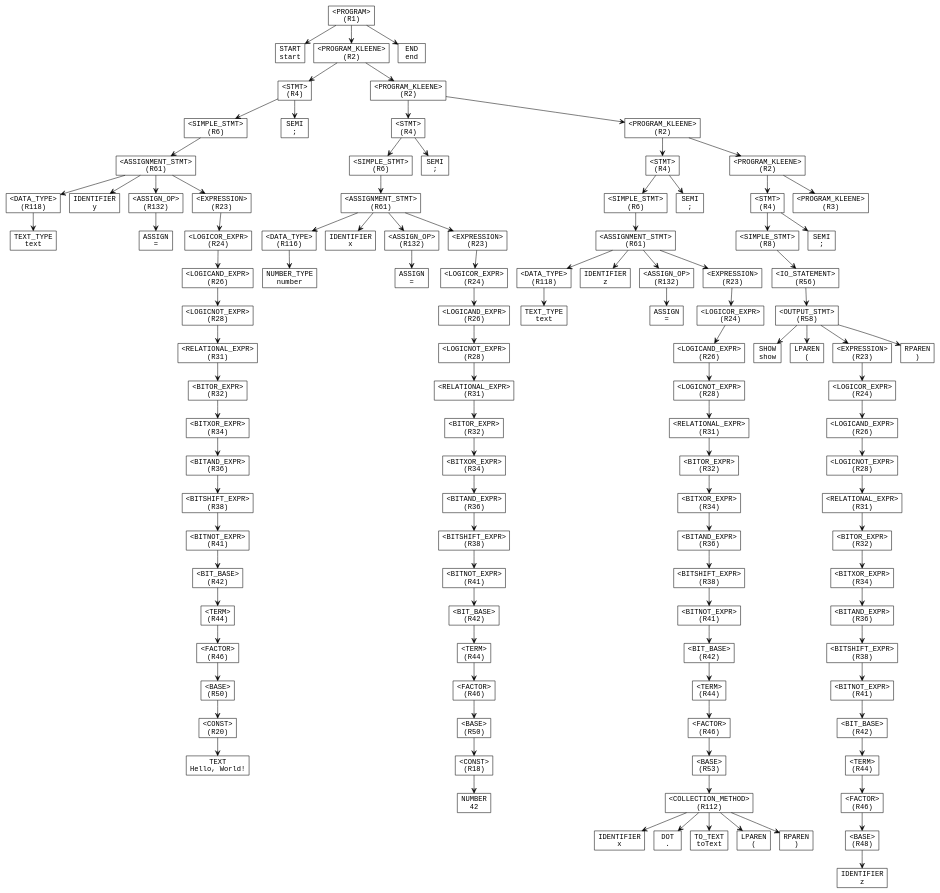
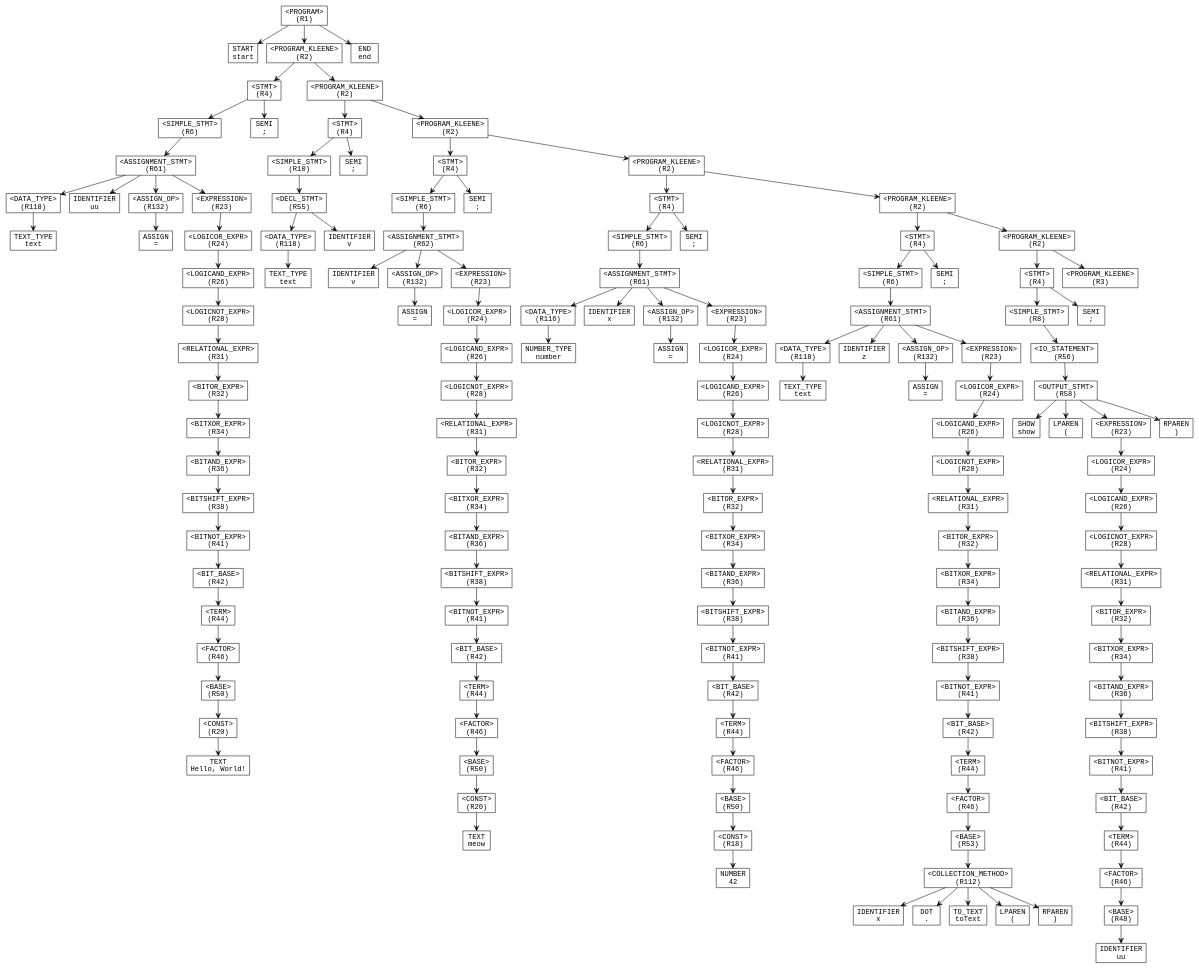
Before and after one commit to AjDesuuu/Upspyre-Programming-Language: the diagram in parse_tree.dot, drawn with Graphviz. The commit also changed 6 other files, not shown here.

```diff
--- a/parse_tree.dot
+++ b/parse_tree.dot
@@ -12,7 +12,7 @@
   n152282484 [label="TEXT_TYPE\ntext"];
   n1612212809 -> n152282484;
   n424325500 -> n1612212809;
-  n352387888 [label="IDENTIFIER\ny"];
+  n352387888 [label="IDENTIFIER\nuu"];
   n424325500 -> n352387888;
   n1502384573 [label="<ASSIGN_OP>\n(R132)"];
   n2053501671 [label="ASSIGN\n="];
@@ -57,34 +57,51 @@
   n1567919087 -> n464411039;
   n1767410694 [label="<PROGRAM_KLEENE>\n(R2)"];
   n1072381321 [label="<STMT>\n(R4)"];
-  n1086008046 [label="<SIMPLE_STMT>\n(R6)"];
-  n1728976458 [label="<ASSIGNMENT_STMT>\n(R61)"];
-  n1251712529 [label="<DATA_TYPE>\n(R116)"];
-  n746255806 [label="NUMBER_TYPE\nnumber"];
+  n1086008046 [label="<SIMPLE_STMT>\n(R10)"];
+  n1728976458 [label="<DECL_STMT>\n(R55)"];
+  n1251712529 [label="<DATA_TYPE>\n(R118)"];
+  n746255806 [label="TEXT_TYPE\ntext"];
   n1251712529 -> n746255806;
   n1728976458 -> n1251712529;
-  n890193541 [label="IDENTIFIER\nx"];
+  n890193541 [label="IDENTIFIER\nv"];
   n1728976458 -> n890193541;
-  n581216808 [label="<ASSIGN_OP>\n(R132)"];
-  n886686587 [label="ASSIGN\n="];
-  n581216808 -> n886686587;
-  n1728976458 -> n581216808;
-  n1341458267 [label="<EXPRESSION>\n(R23)"];
-  n88910 [label="<LOGICOR_EXPR>\n(R24)"];
-  n124998796 [label="<LOGICAND_EXPR>\n(R26)"];
-  n2110491906 [label="<LOGICNOT_EXPR>\n(R28)"];
-  n451121727 [label="<RELATIONAL_EXPR>\n(R31)"];
-  n280129798 [label="<BITOR_EXPR>\n(R32)"];
-  n234393768 [label="<BITXOR_EXPR>\n(R34)"];
-  n746241928 [label="<BITAND_EXPR>\n(R36)"];
-  n713994834 [label="<BITSHIFT_EXPR>\n(R38)"];
-  n691522628 [label="<BITNOT_EXPR>\n(R41)"];
-  n1610839066 [label="<BIT_BASE>\n(R42)"];
-  n435949933 [label="<TERM>\n(R44)"];
-  n1186937890 [label="<FACTOR>\n(R46)"];
-  n1375575389 [label="<BASE>\n(R50)"];
-  n715489500 [label="<CONST>\n(R18)"];
-  n1403751324 [label="NUMBER\n42"];
+  n1086008046 -> n1728976458;
+  n1072381321 -> n1086008046;
+  n581216808 [label="SEMI\n;"];
+  n1072381321 -> n581216808;
+  n1767410694 -> n1072381321;
+  n886686587 [label="<PROGRAM_KLEENE>\n(R2)"];
+  n1341458267 [label="<STMT>\n(R4)"];
+  n88910 [label="<SIMPLE_STMT>\n(R6)"];
+  n124998796 [label="<ASSIGNMENT_STMT>\n(R62)"];
+  n2110491906 [label="IDENTIFIER\nv"];
+  n124998796 -> n2110491906;
+  n451121727 [label="<ASSIGN_OP>\n(R132)"];
+  n280129798 [label="ASSIGN\n="];
+  n451121727 -> n280129798;
+  n124998796 -> n451121727;
+  n234393768 [label="<EXPRESSION>\n(R23)"];
+  n746241928 [label="<LOGICOR_EXPR>\n(R24)"];
+  n713994834 [label="<LOGICAND_EXPR>\n(R26)"];
+  n691522628 [label="<LOGICNOT_EXPR>\n(R28)"];
+  n1610839066 [label="<RELATIONAL_EXPR>\n(R31)"];
+  n435949933 [label="<BITOR_EXPR>\n(R32)"];
+  n1186937890 [label="<BITXOR_EXPR>\n(R34)"];
+  n1375575389 [label="<BITAND_EXPR>\n(R36)"];
+  n715489500 [label="<BITSHIFT_EXPR>\n(R38)"];
+  n1403751324 [label="<BITNOT_EXPR>\n(R41)"];
+  n1825240039 [label="<BIT_BASE>\n(R42)"];
+  n1373674582 [label="<TERM>\n(R44)"];
+  n1464161750 [label="<FACTOR>\n(R46)"];
+  n1488831433 [label="<BASE>\n(R50)"];
+  n1674794738 [label="<CONST>\n(R20)"];
+  n914650354 [label="TEXT\nmeow"];
+  n1674794738 -> n914650354;
+  n1488831433 -> n1674794738;
+  n1464161750 -> n1488831433;
+  n1373674582 -> n1464161750;
+  n1825240039 -> n1373674582;
+  n1403751324 -> n1825240039;
   n715489500 -> n1403751324;
   n1375575389 -> n715489500;
   n1186937890 -> n1375575389;
@@ -94,57 +111,49 @@
   n713994834 -> n691522628;
   n746241928 -> n713994834;
   n234393768 -> n746241928;
-  n280129798 -> n234393768;
-  n451121727 -> n280129798;
-  n2110491906 -> n451121727;
-  n124998796 -> n2110491906;
+  n124998796 -> n234393768;
   n88910 -> n124998796;
   n1341458267 -> n88910;
-  n1728976458 -> n1341458267;
-  n1086008046 -> n1728976458;
-  n1072381321 -> n1086008046;
-  n1825240039 [label="SEMI\n;"];
-  n1072381321 -> n1825240039;
-  n1767410694 -> n1072381321;
-  n1373674582 [label="<PROGRAM_KLEENE>\n(R2)"];
-  n1464161750 [label="<STMT>\n(R4)"];
-  n1488831433 [label="<SIMPLE_STMT>\n(R6)"];
-  n1674794738 [label="<ASSIGNMENT_STMT>\n(R61)"];
-  n914650354 [label="<DATA_TYPE>\n(R118)"];
-  n1259502609 [label="TEXT_TYPE\ntext"];
-  n914650354 -> n1259502609;
-  n1674794738 -> n914650354;
-  n2097634609 [label="IDENTIFIER\nz"];
-  n1674794738 -> n2097634609;
-  n77258917 [label="<ASSIGN_OP>\n(R132)"];
-  n296494880 [label="ASSIGN\n="];
-  n77258917 -> n296494880;
-  n1674794738 -> n77258917;
-  n1233527792 [label="<EXPRESSION>\n(R23)"];
-  n246350116 [label="<LOGICOR_EXPR>\n(R24)"];
-  n1575180188 [label="<LOGICAND_EXPR>\n(R26)"];
-  n755432999 [label="<LOGICNOT_EXPR>\n(R28)"];
-  n1432867284 [label="<RELATIONAL_EXPR>\n(R31)"];
-  n599219325 [label="<BITOR_EXPR>\n(R32)"];
-  n1680846880 [label="<BITXOR_EXPR>\n(R34)"];
-  n2118294852 [label="<BITAND_EXPR>\n(R36)"];
-  n364907049 [label="<BITSHIFT_EXPR>\n(R38)"];
-  n202238040 [label="<BITNOT_EXPR>\n(R41)"];
-  n356181833 [label="<BIT_BASE>\n(R42)"];
-  n2147020823 [label="<TERM>\n(R44)"];
-  n1786522755 [label="<FACTOR>\n(R46)"];
-  n164644540 [label="<BASE>\n(R53)"];
-  n1259534432 [label="<COLLECTION_METHOD>\n(R112)"];
-  n1943191901 [label="IDENTIFIER\nx"];
+  n1259502609 [label="SEMI\n;"];
+  n1341458267 -> n1259502609;
+  n886686587 -> n1341458267;
+  n2097634609 [label="<PROGRAM_KLEENE>\n(R2)"];
+  n77258917 [label="<STMT>\n(R4)"];
+  n296494880 [label="<SIMPLE_STMT>\n(R6)"];
+  n1233527792 [label="<ASSIGNMENT_STMT>\n(R61)"];
+  n246350116 [label="<DATA_TYPE>\n(R116)"];
+  n1575180188 [label="NUMBER_TYPE\nnumber"];
+  n246350116 -> n1575180188;
+  n1233527792 -> n246350116;
+  n755432999 [label="IDENTIFIER\nx"];
+  n1233527792 -> n755432999;
+  n1432867284 [label="<ASSIGN_OP>\n(R132)"];
+  n599219325 [label="ASSIGN\n="];
+  n1432867284 -> n599219325;
+  n1233527792 -> n1432867284;
+  n1680846880 [label="<EXPRESSION>\n(R23)"];
+  n2118294852 [label="<LOGICOR_EXPR>\n(R24)"];
+  n364907049 [label="<LOGICAND_EXPR>\n(R26)"];
+  n202238040 [label="<LOGICNOT_EXPR>\n(R28)"];
+  n356181833 [label="<RELATIONAL_EXPR>\n(R31)"];
+  n2147020823 [label="<BITOR_EXPR>\n(R32)"];
+  n1786522755 [label="<BITXOR_EXPR>\n(R34)"];
+  n164644540 [label="<BITAND_EXPR>\n(R36)"];
+  n1259534432 [label="<BITSHIFT_EXPR>\n(R38)"];
+  n1943191901 [label="<BITNOT_EXPR>\n(R41)"];
+  n2017588112 [label="<BIT_BASE>\n(R42)"];
+  n1940897666 [label="<TERM>\n(R44)"];
+  n799185007 [label="<FACTOR>\n(R46)"];
+  n1243577583 [label="<BASE>\n(R50)"];
+  n1035324239 [label="<CONST>\n(R18)"];
+  n870850772 [label="NUMBER\n42"];
+  n1035324239 -> n870850772;
+  n1243577583 -> n1035324239;
+  n799185007 -> n1243577583;
+  n1940897666 -> n799185007;
+  n2017588112 -> n1940897666;
+  n1943191901 -> n2017588112;
   n1259534432 -> n1943191901;
-  n2017588112 [label="DOT\n."];
-  n1259534432 -> n2017588112;
-  n1940897666 [label="TO_TEXT\ntoText"];
-  n1259534432 -> n1940897666;
-  n799185007 [label="LPAREN\n("];
-  n1259534432 -> n799185007;
-  n1243577583 [label="RPAREN\n)"];
-  n1259534432 -> n1243577583;
   n164644540 -> n1259534432;
   n1786522755 -> n164644540;
   n2147020823 -> n1786522755;
@@ -153,42 +162,55 @@
   n364907049 -> n202238040;
   n2118294852 -> n364907049;
   n1680846880 -> n2118294852;
-  n599219325 -> n1680846880;
-  n1432867284 -> n599219325;
-  n755432999 -> n1432867284;
-  n1575180188 -> n755432999;
-  n246350116 -> n1575180188;
-  n1233527792 -> n246350116;
-  n1674794738 -> n1233527792;
-  n1488831433 -> n1674794738;
-  n1464161750 -> n1488831433;
-  n1035324239 [label="SEMI\n;"];
-  n1464161750 -> n1035324239;
-  n1373674582 -> n1464161750;
-  n870850772 [label="<PROGRAM_KLEENE>\n(R2)"];
-  n137541414 [label="<STMT>\n(R4)"];
-  n972769995 [label="<SIMPLE_STMT>\n(R8)"];
-  n705106184 [label="<IO_STATEMENT>\n(R56)"];
-  n1478195740 [label="<OUTPUT_STMT>\n(R58)"];
-  n1158507966 [label="SHOW\nshow"];
-  n1478195740 -> n1158507966;
-  n641981126 [label="LPAREN\n("];
-  n1478195740 -> n641981126;
-  n886968407 [label="<EXPRESSION>\n(R23)"];
-  n924211018 [label="<LOGICOR_EXPR>\n(R24)"];
-  n425245835 [label="<LOGICAND_EXPR>\n(R26)"];
-  n561369228 [label="<LOGICNOT_EXPR>\n(R28)"];
-  n1701650525 [label="<RELATIONAL_EXPR>\n(R31)"];
-  n1623492541 [label="<BITOR_EXPR>\n(R32)"];
-  n1009046474 [label="<BITXOR_EXPR>\n(R34)"];
-  n861574514 [label="<BITAND_EXPR>\n(R36)"];
-  n1060709516 [label="<BITSHIFT_EXPR>\n(R38)"];
-  n2072290745 [label="<BITNOT_EXPR>\n(R41)"];
-  n1629782912 [label="<BIT_BASE>\n(R42)"];
-  n112356307 [label="<TERM>\n(R44)"];
-  n1893278413 [label="<FACTOR>\n(R46)"];
-  n783218690 [label="<BASE>\n(R48)"];
-  n1800619732 [label="IDENTIFIER\nz"];
+  n1233527792 -> n1680846880;
+  n296494880 -> n1233527792;
+  n77258917 -> n296494880;
+  n137541414 [label="SEMI\n;"];
+  n77258917 -> n137541414;
+  n2097634609 -> n77258917;
+  n972769995 [label="<PROGRAM_KLEENE>\n(R2)"];
+  n705106184 [label="<STMT>\n(R4)"];
+  n1478195740 [label="<SIMPLE_STMT>\n(R6)"];
+  n1158507966 [label="<ASSIGNMENT_STMT>\n(R61)"];
+  n641981126 [label="<DATA_TYPE>\n(R118)"];
+  n886968407 [label="TEXT_TYPE\ntext"];
+  n641981126 -> n886968407;
+  n1158507966 -> n641981126;
+  n924211018 [label="IDENTIFIER\nz"];
+  n1158507966 -> n924211018;
+  n425245835 [label="<ASSIGN_OP>\n(R132)"];
+  n561369228 [label="ASSIGN\n="];
+  n425245835 -> n561369228;
+  n1158507966 -> n425245835;
+  n1701650525 [label="<EXPRESSION>\n(R23)"];
+  n1623492541 [label="<LOGICOR_EXPR>\n(R24)"];
+  n1009046474 [label="<LOGICAND_EXPR>\n(R26)"];
+  n861574514 [label="<LOGICNOT_EXPR>\n(R28)"];
+  n1060709516 [label="<RELATIONAL_EXPR>\n(R31)"];
+  n2072290745 [label="<BITOR_EXPR>\n(R32)"];
+  n1629782912 [label="<BITXOR_EXPR>\n(R34)"];
+  n112356307 [label="<BITAND_EXPR>\n(R36)"];
+  n1893278413 [label="<BITSHIFT_EXPR>\n(R38)"];
+  n783218690 [label="<BITNOT_EXPR>\n(R41)"];
+  n1800619732 [label="<BIT_BASE>\n(R42)"];
+  n2125087902 [label="<TERM>\n(R44)"];
+  n1197268684 [label="<FACTOR>\n(R46)"];
+  n510345421 [label="<BASE>\n(R53)"];
+  n1870647346 [label="<COLLECTION_METHOD>\n(R112)"];
+  n1130231799 [label="IDENTIFIER\nx"];
+  n1870647346 -> n1130231799;
+  n1658252270 [label="DOT\n."];
+  n1870647346 -> n1658252270;
+  n645898833 [label="TO_TEXT\ntoText"];
+  n1870647346 -> n645898833;
+  n932186348 [label="LPAREN\n("];
+  n1870647346 -> n932186348;
+  n467579814 [label="RPAREN\n)"];
+  n1870647346 -> n467579814;
+  n510345421 -> n1870647346;
+  n1197268684 -> n510345421;
+  n2125087902 -> n1197268684;
+  n1800619732 -> n2125087902;
   n783218690 -> n1800619732;
   n1893278413 -> n783218690;
   n112356307 -> n1893278413;
@@ -199,25 +221,67 @@
   n1009046474 -> n861574514;
   n1623492541 -> n1009046474;
   n1701650525 -> n1623492541;
-  n561369228 -> n1701650525;
-  n425245835 -> n561369228;
-  n924211018 -> n425245835;
-  n886968407 -> n924211018;
-  n1478195740 -> n886968407;
-  n2125087902 [label="RPAREN\n)"];
-  n1478195740 -> n2125087902;
+  n1158507966 -> n1701650525;
+  n1478195740 -> n1158507966;
   n705106184 -> n1478195740;
+  n1317184168 [label="SEMI\n;"];
+  n705106184 -> n1317184168;
   n972769995 -> n705106184;
-  n137541414 -> n972769995;
-  n1197268684 [label="SEMI\n;"];
-  n137541414 -> n1197268684;
-  n870850772 -> n137541414;
-  n510345421 [label="<PROGRAM_KLEENE>\n(R3)"];
-  n870850772 -> n510345421;
-  n1373674582 -> n870850772;
-  n1767410694 -> n1373674582;
+  n364182531 [label="<PROGRAM_KLEENE>\n(R2)"];
+  n575951153 [label="<STMT>\n(R4)"];
+  n1291421022 [label="<SIMPLE_STMT>\n(R8)"];
+  n397801867 [label="<IO_STATEMENT>\n(R56)"];
+  n634608538 [label="<OUTPUT_STMT>\n(R58)"];
+  n621693896 [label="SHOW\nshow"];
+  n634608538 -> n621693896;
+  n626915650 [label="LPAREN\n("];
+  n634608538 -> n626915650;
+  n488383939 [label="<EXPRESSION>\n(R23)"];
+  n573350513 [label="<LOGICOR_EXPR>\n(R24)"];
+  n1974205943 [label="<LOGICAND_EXPR>\n(R26)"];
+  n1073126889 [label="<LOGICNOT_EXPR>\n(R28)"];
+  n1127781865 [label="<RELATIONAL_EXPR>\n(R31)"];
+  n71342293 [label="<BITOR_EXPR>\n(R32)"];
+  n783190511 [label="<BITXOR_EXPR>\n(R34)"];
+  n624705542 [label="<BITAND_EXPR>\n(R36)"];
+  n581705365 [label="<BITSHIFT_EXPR>\n(R38)"];
+  n581614629 [label="<BITNOT_EXPR>\n(R41)"];
+  n2014423150 [label="<BIT_BASE>\n(R42)"];
+  n1063971610 [label="<TERM>\n(R44)"];
+  n2112881364 [label="<FACTOR>\n(R46)"];
+  n181191387 [label="<BASE>\n(R48)"];
+  n2137741620 [label="IDENTIFIER\nuu"];
+  n181191387 -> n2137741620;
+  n2112881364 -> n181191387;
+  n1063971610 -> n2112881364;
+  n2014423150 -> n1063971610;
+  n581614629 -> n2014423150;
+  n581705365 -> n581614629;
+  n624705542 -> n581705365;
+  n783190511 -> n624705542;
+  n71342293 -> n783190511;
+  n1127781865 -> n71342293;
+  n1073126889 -> n1127781865;
+  n1974205943 -> n1073126889;
+  n573350513 -> n1974205943;
+  n488383939 -> n573350513;
+  n634608538 -> n488383939;
+  n389111800 [label="RPAREN\n)"];
+  n634608538 -> n389111800;
+  n397801867 -> n634608538;
+  n1291421022 -> n397801867;
+  n575951153 -> n1291421022;
+  n1789532520 [label="SEMI\n;"];
+  n575951153 -> n1789532520;
+  n364182531 -> n575951153;
+  n110941436 [label="<PROGRAM_KLEENE>\n(R3)"];
+  n364182531 -> n110941436;
+  n972769995 -> n364182531;
+  n2097634609 -> n972769995;
+  n886686587 -> n2097634609;
+  n1767410694 -> n886686587;
   n1567919087 -> n1767410694;
   n2113334364 -> n1567919087;
-  n1870647346 [label="END\nend"];
-  n2113334364 -> n1870647346;
+  n589012962 [label="END\nend"];
+  n2113334364 -> n589012962;
 }
```
